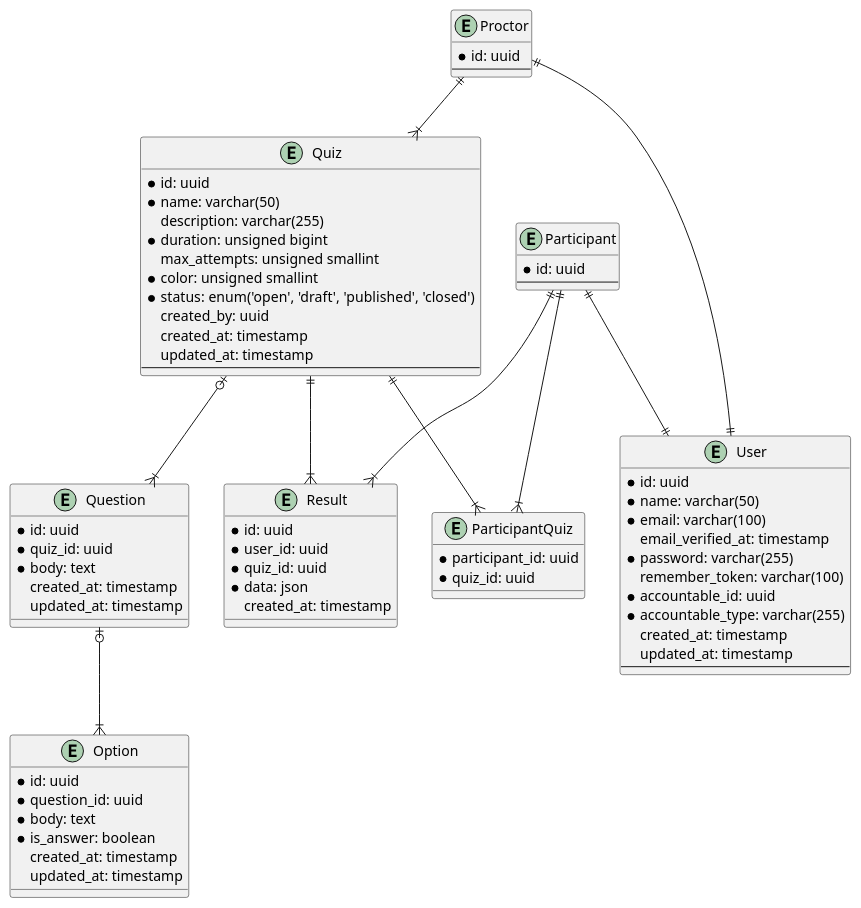
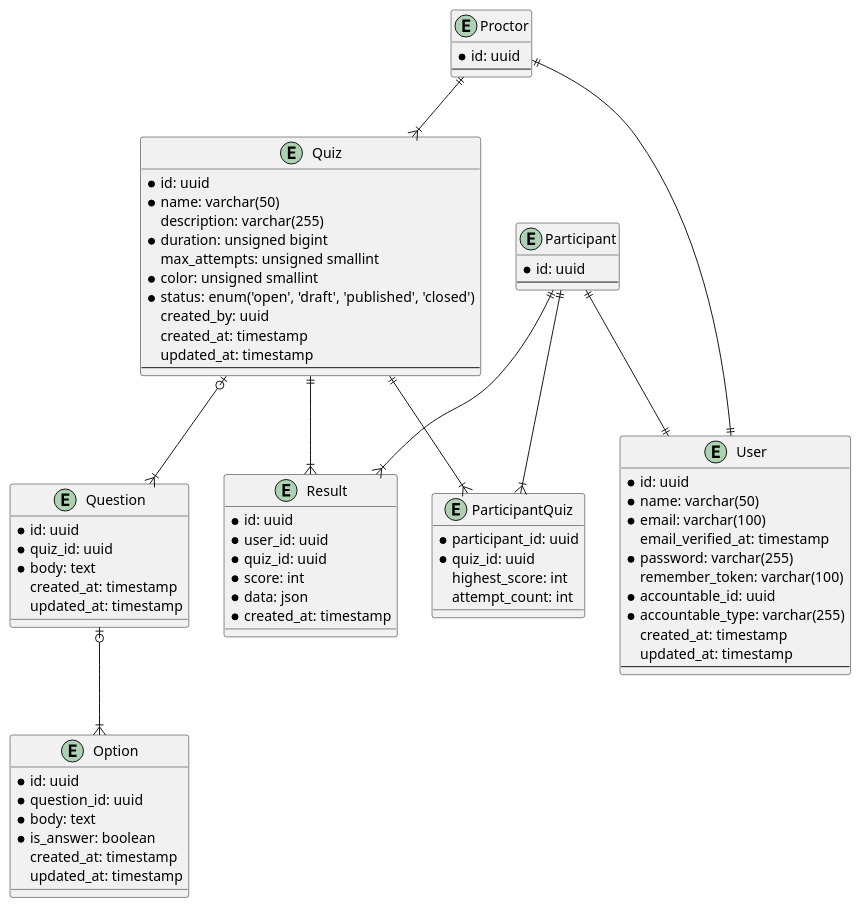
The diagram in docs/database.puml (stackpan/simpliz), drawn with PlantUML before and after one commit. The commit also changed 1 other file, not shown here.

```diff
--- a/docs/database.puml
+++ b/docs/database.puml
@@ -1,81 +1,84 @@
 @startuml
 
 entity User {
     * id: uuid
     * name: varchar(50)
     * email: varchar(100)
     email_verified_at: timestamp
     * password: varchar(255)
     remember_token: varchar(100)
     * accountable_id: uuid
     * accountable_type: varchar(255)
     created_at: timestamp
     updated_at: timestamp
     --
 }
 
 entity Participant {
     * id: uuid
     --
 }
 
 entity Proctor {
     * id: uuid
     --
 }
 
 entity Quiz {
     * id: uuid
     * name: varchar(50)
     description: varchar(255)
     * duration: unsigned bigint
     max_attempts: unsigned smallint
     * color: unsigned smallint
     * status: enum('open', 'draft', 'published', 'closed')
     created_by: uuid
     created_at: timestamp
     updated_at: timestamp
     --
 }
 
 entity Question {
     * id: uuid
     * quiz_id: uuid
     * body: text
     created_at: timestamp
     updated_at: timestamp
 }
 
 entity Option {
     * id: uuid
     * question_id: uuid
     * body: text
     * is_answer: boolean
     created_at: timestamp
     updated_at: timestamp
 }
 
 entity ParticipantQuiz {
     * participant_id: uuid
     * quiz_id: uuid
+    highest_score: int
+    attempt_count: int
 }
 
 entity Result {
     * id: uuid
     * user_id: uuid
     * quiz_id: uuid
+    * score: int
     * data: json
-    created_at: timestamp
+    * created_at: timestamp
 }
 
 Quiz |o--|{ Question
 Question |o--|{ Option
 Participant ||--|| User
 Proctor ||--|| User
 Quiz ||--|{ ParticipantQuiz
 Participant ||--|{ ParticipantQuiz
 Proctor ||--|{ Quiz
 Participant ||--|{ Result
 Quiz ||--|{ Result
 
 @enduml
```
